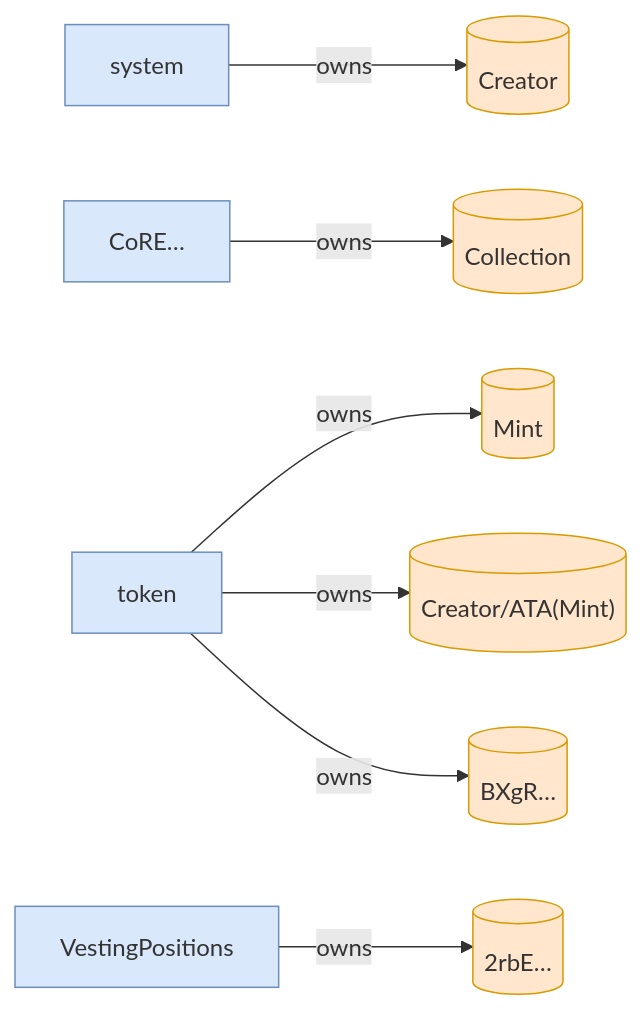
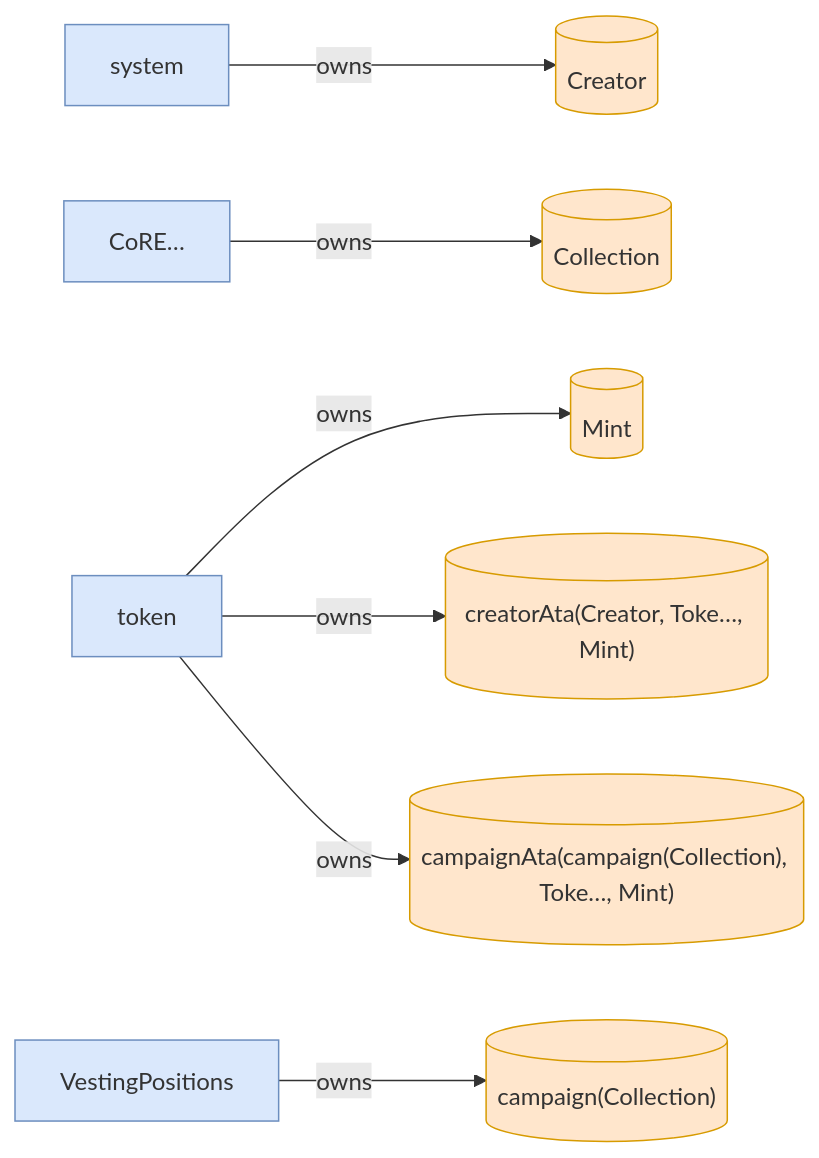
Before and after one commit to cds-turbin3/vesting-position: the third of 6 diagrams in babelfish-tests/test-report/close_campaign_fails_when_vault_not_empty.md, drawn with Mermaid. The commit also changed other lines of this file and 51 other files, not shown here.

````diff
--- a/babelfish-tests/test-report/close_campaign_fails_when_vault_not_empty.md
+++ b/babelfish-tests/test-report/close_campaign_fails_when_vault_not_empty.md
@@ -139,22 +118,22 @@
 ```mermaid
 flowchart LR
     system["system"]:::program
     Creator[("Creator")]:::state
     CoRE["CoRE…"]:::program
     Collection[("Collection")]:::state
     token["token"]:::program
     Mint[("Mint")]:::state
-    CreatorATAMint[("Creator/ATA(Mint)")]:::state
+    creatorAtaCreatorTokeMint[("creatorAta(Creator, Toke…, Mint)")]:::state
     VestingPositions["VestingPositions"]:::program
-    2rbE[("2rbE…")]:::state
-    BXgR[("BXgR…")]:::state
+    campaignCollection[("campaign(Collection)")]:::state
+    campaignAtacampaignCollectionTokeMint[("campaignAta(campaign(Collection), Toke…, Mint)")]:::state
     system -->|owns| Creator
     CoRE -->|owns| Collection
     token -->|owns| Mint
-    token -->|owns| CreatorATAMint
-    VestingPositions -->|owns| 2rbE
-    token -->|owns| BXgR
+    token -->|owns| creatorAtaCreatorTokeMint
+    VestingPositions -->|owns| campaignCollection
+    token -->|owns| campaignAtacampaignCollectionTokeMint
     classDef program fill:#dae8fc,stroke:#6c8ebf;
     classDef signer fill:#d5e8d4,stroke:#82b366;
     classDef state fill:#ffe6cc,stroke:#d79b00;
 ```
````
